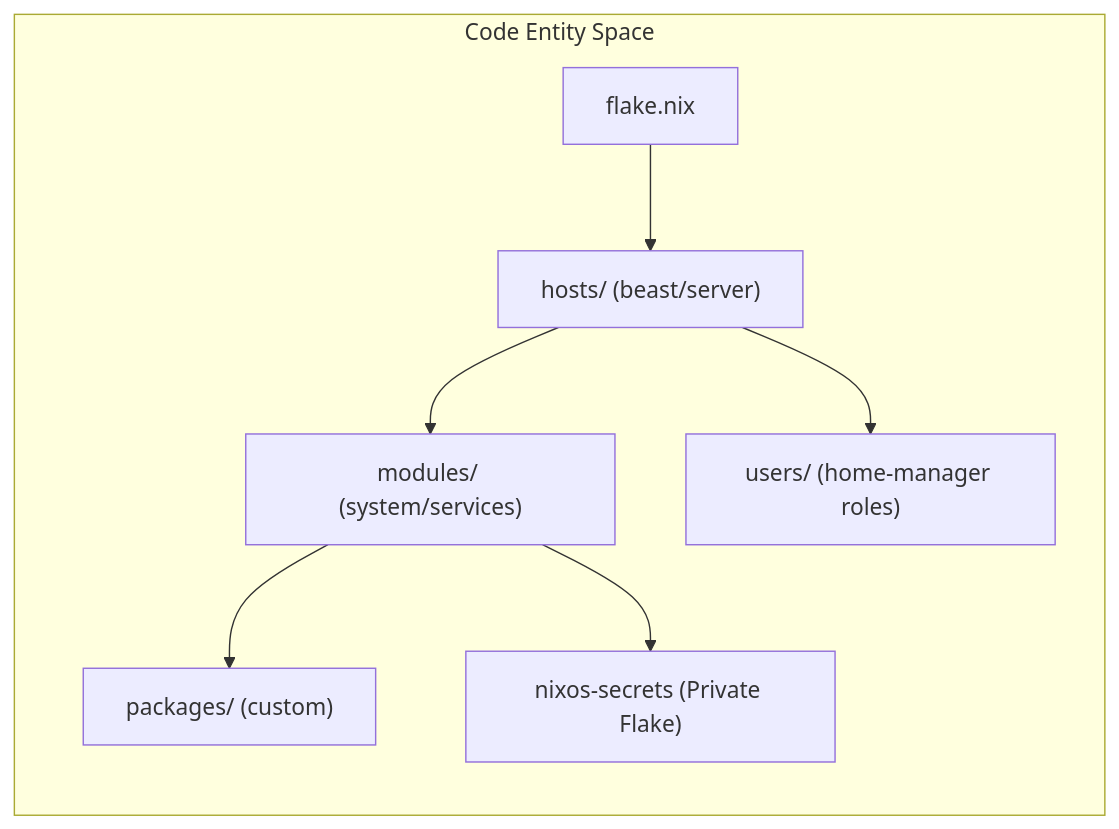
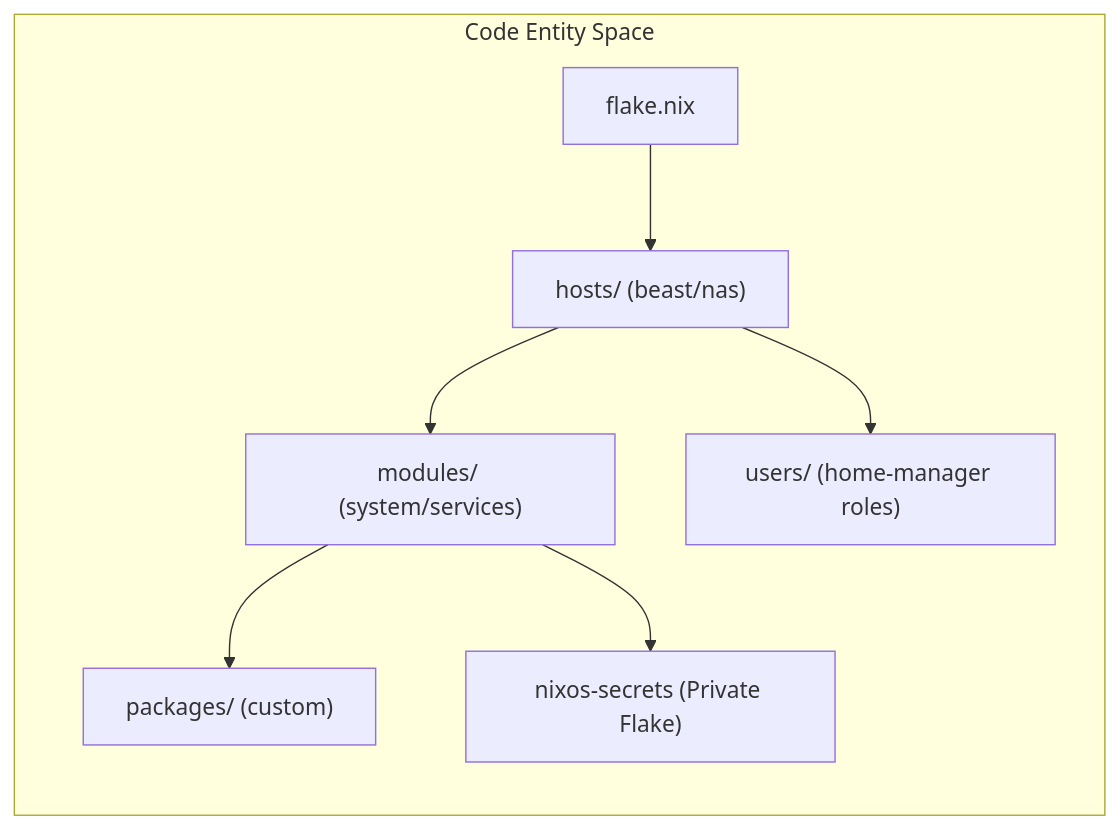
One commit to Cody-W-Tucker/nix-config changed the first of 2 diagrams in docs/Repository-Structure-and-Conventions.md. Above: the diagram before and after it, drawn with Mermaid. The commit also changed other lines of this file and 24 other files, not shown here.

First line of the commit message:
migrate server to nas

````diff
--- a/docs/Repository-Structure-and-Conventions.md
+++ b/docs/Repository-Structure-and-Conventions.md
@@ -24,16 +24,16 @@
 ```mermaid
 flowchart LR
     subgraph subGraph0 ["Code Entity Space"]
         FLAKE["flake.nix"]
-        HOSTS["hosts/ (beast/server)"]
+        HOSTS["hosts/ (beast/nas)"]
         MODS["modules/ (system/services)"]
     USERS["users/ (home-manager roles)"]
         PKGS["packages/ (custom)"]
         SECRETS["nixos-secrets (Private Flake)"]
     end
     FLAKE --> HOSTS
     HOSTS --> MODS
     HOSTS --> USERS
     MODS --> PKGS
     MODS --> SECRETS
 ```
````
